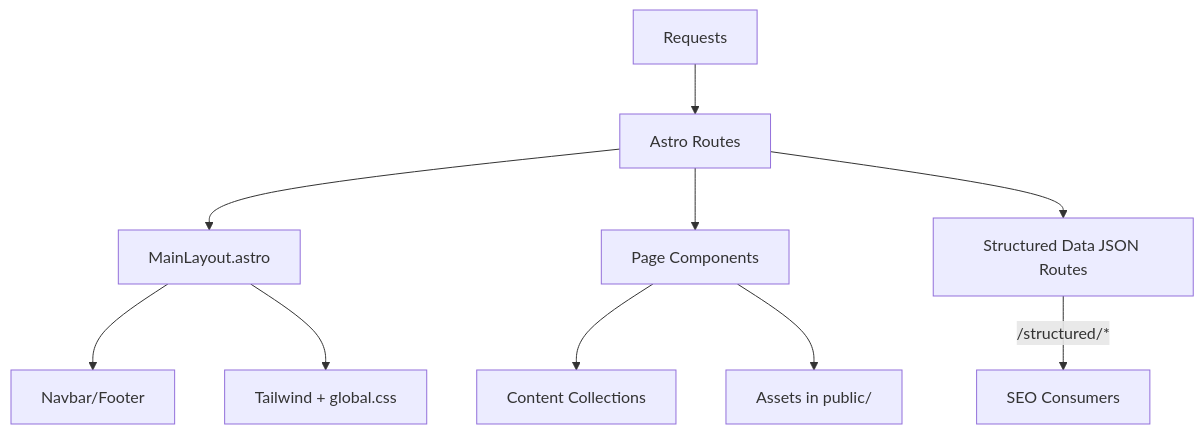
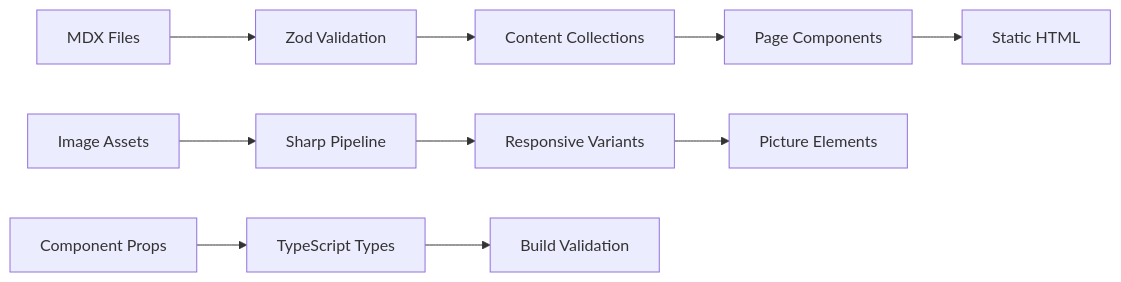
One commit to bpolitiadis/vpoliteiadis changed the second of 4 diagrams in docs/ARCHITECTURE.md. Above: the diagram before and after it, drawn with Mermaid. The commit also changed other lines of this file and 11 other files, not shown here.

````diff
--- a/docs/ARCHITECTURE.md
+++ b/docs/ARCHITECTURE.md
@@ -21,12 +168,14 @@
 ```mermaid
-graph TD
-  A[Requests] --> B[Astro Routes]
-  B --> C[MainLayout.astro]
-  C --> D[Navbar/Footer]
-  B --> E[Page Components]
-  E --> F[Content Collections]
-  E --> G[Assets in public/]
-  C --> H[Tailwind + global.css]
-  B --> I[Structured Data JSON Routes]
-  I -->|/structured/*| J[SEO Consumers]
+graph LR
+  A[MDX Files] --> B[Zod Validation]
+  B --> C[Content Collections]
+  C --> D[Page Components]
+  D --> E[Static HTML]
+  
+  F[Image Assets] --> G[Sharp Pipeline]
+  G --> H[Responsive Variants]
+  H --> I[Picture Elements]
+  
+  J[Component Props] --> K[TypeScript Types]
+  K --> L[Build Validation]
 ```
````
